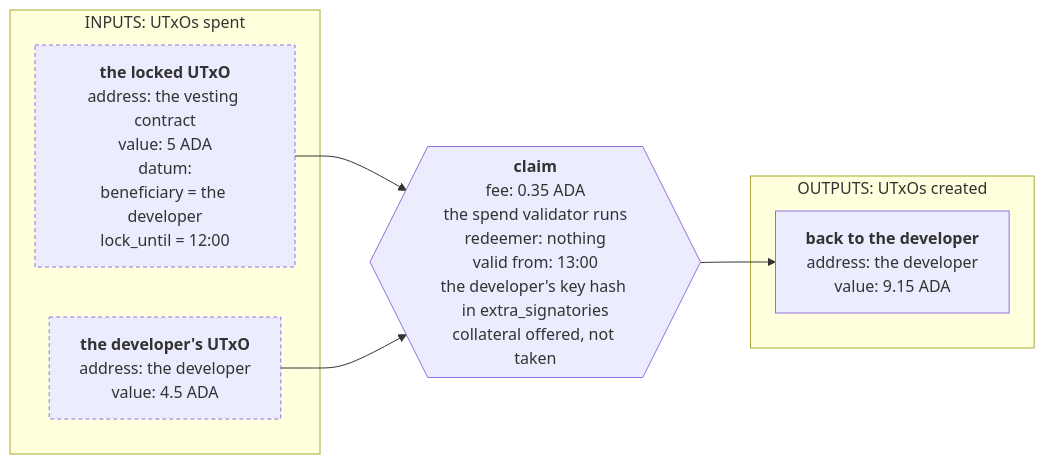
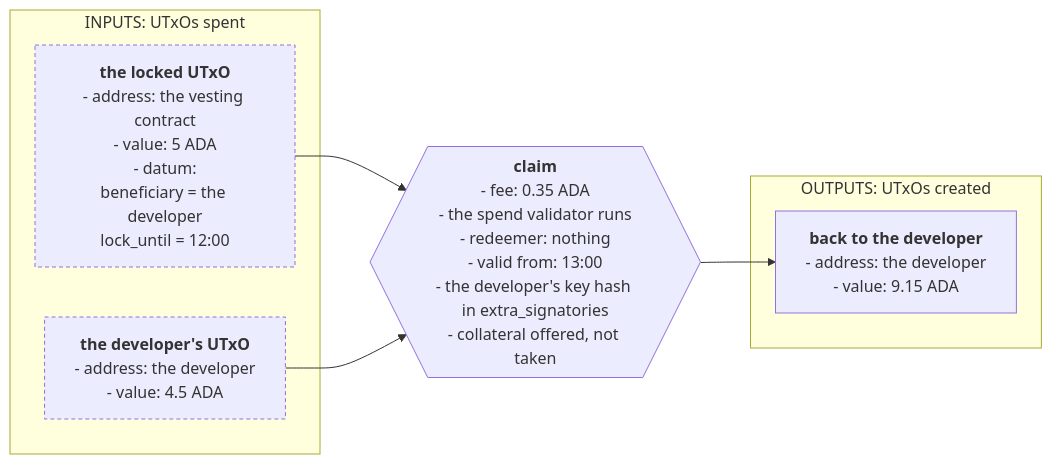
The third of 3 diagrams in docs/developers/onboarding/lectures/intermediate/10-handling-time.md (cardano-foundation/developer-portal), drawn with Mermaid before and after one commit. The commit also changed other lines of this file and 8 other files, not shown here.

````diff
--- a/docs/developers/onboarding/lectures/intermediate/10-handling-time.md
+++ b/docs/developers/onboarding/lectures/intermediate/10-handling-time.md
@@ -126,34 +126,34 @@
 ```mermaid
 flowchart LR
     subgraph IN["INPUTS: UTxOs spent"]
         I1["`**the locked UTxO**
-        address: the vesting contract
-        value: 5 ADA
-        datum:
+        - address: the vesting contract
+        - value: 5 ADA
+        - datum:
         beneficiary = the developer
         lock_until = 12:00`"]
         I2["`**the developer's UTxO**
-        address: the developer
-        value: 4.5 ADA`"]
+        - address: the developer
+        - value: 4.5 ADA`"]
     end
 
     TX{{"`**claim**
-    fee: 0.35 ADA
-    the spend validator runs
-    redeemer: nothing
-    valid from: 13:00
-    the developer's key hash in extra_signatories
-    collateral offered, not taken`"}}
+    - fee: 0.35 ADA
+    - the spend validator runs
+    - redeemer: nothing
+    - valid from: 13:00
+    - the developer's key hash in extra_signatories
+    - collateral offered, not taken`"}}
 
     subgraph OUT["OUTPUTS: UTxOs created"]
         O["`**back to the developer**
-        address: the developer
-        value: 9.15 ADA`"]
+        - address: the developer
+        - value: 9.15 ADA`"]
     end
 
     I1 --> TX --> O
     I2 --> TX
 
     style I1 stroke-dasharray:4 3
     style I2 stroke-dasharray:4 3
 ```
````
